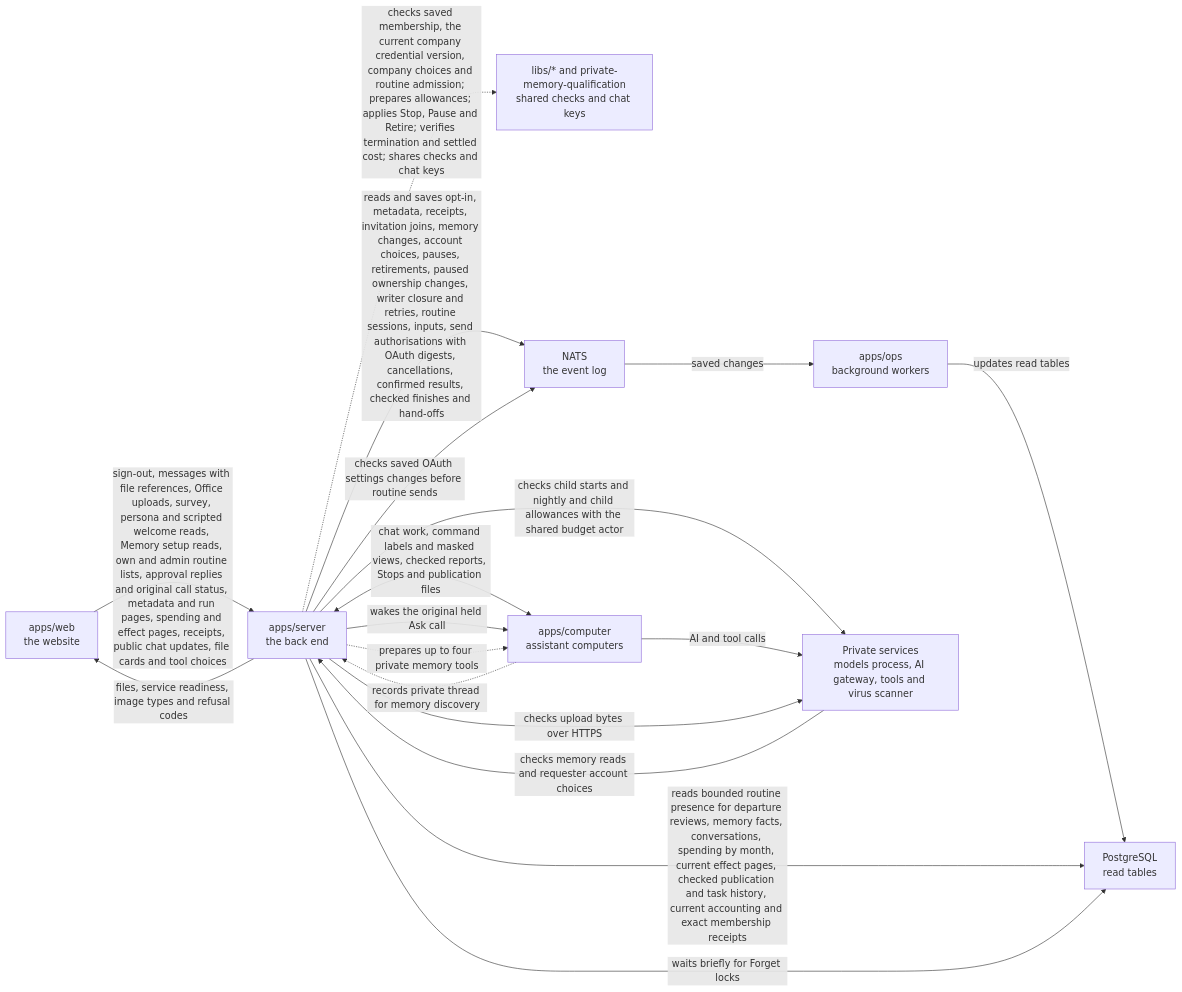
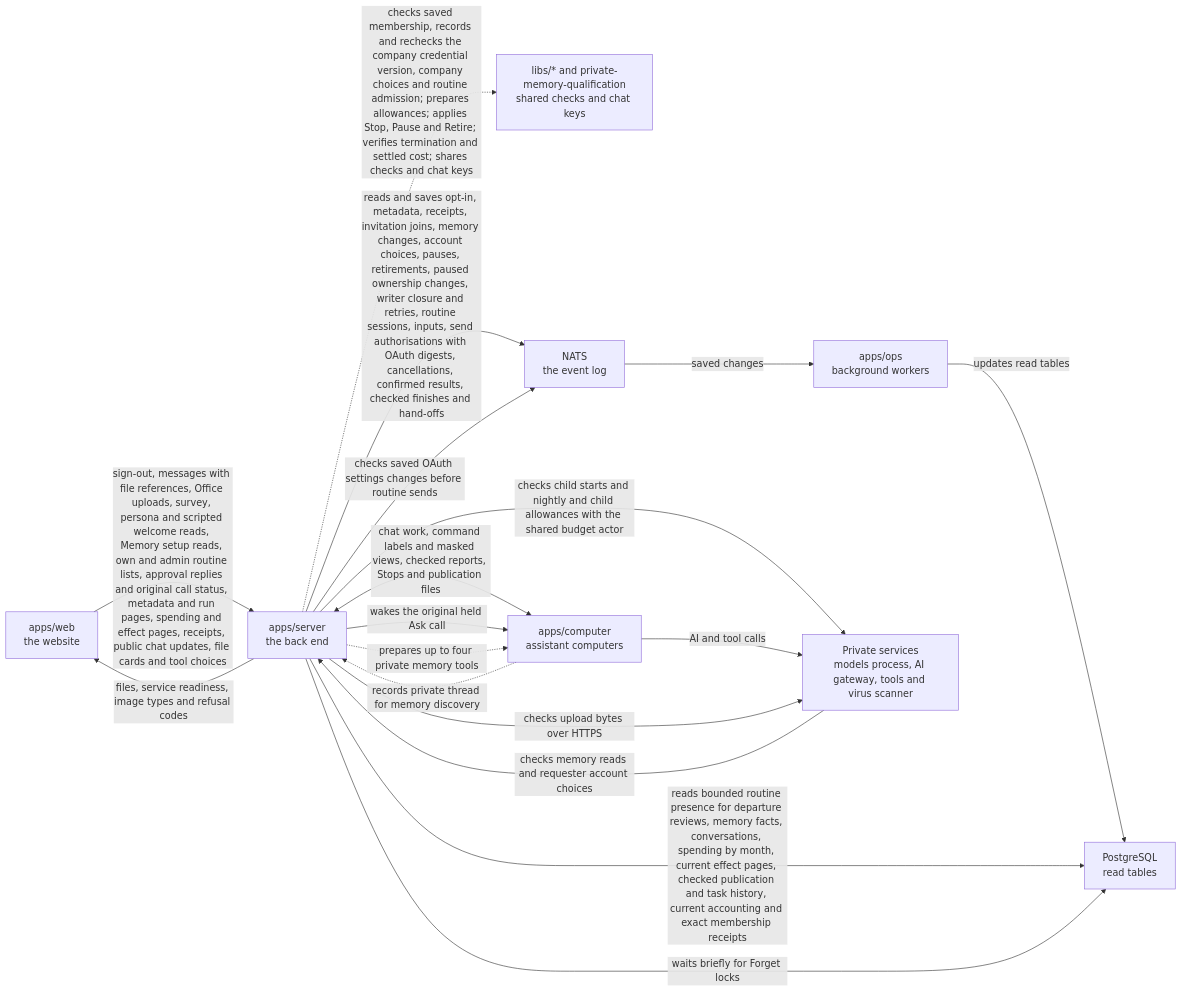
The diagram in apps/server/README.md (elewa-git/opencrane-new), drawn with Mermaid before and after one commit. The commit also changed other lines of this file and 14 other files, not shown here.

Commit message:
🔒 Recheck company credential at routine send use

````diff
--- a/apps/server/README.md
+++ b/apps/server/README.md
@@ -237,20 +237,20 @@
 ```mermaid
 flowchart LR
   web["apps/web<br/>the website"] -->|sign-out, messages with file references, Office uploads, survey, persona and scripted welcome reads, Memory setup reads, own and admin routine lists, approval replies and original call status, metadata and run pages, spending and effect pages, receipts, public chat updates, file cards and tool choices| server["apps/server<br/>the back end"]
-  server -.->|checks saved membership, the current company credential version, company choices and routine admission; prepares allowances; applies Stop, Pause and Retire; verifies termination and settled cost; shares checks and chat keys| libs["libs/* and private-memory-qualification<br/>shared checks and chat keys"]
+  server -.->|checks saved membership, records and rechecks the company credential version, company choices and routine admission; prepares allowances; applies Stop, Pause and Retire; verifies termination and settled cost; shares checks and chat keys| libs["libs/* and private-memory-qualification<br/>shared checks and chat keys"]
   server -->|reads and saves opt-in, metadata, receipts, invitation joins, memory changes, account choices, pauses, retirements, paused ownership changes, writer closure and retries, routine sessions, inputs, send authorisations with OAuth digests, cancellations, confirmed results, checked finishes and hand-offs| nats["NATS<br/>the event log"]
   nats -->|saved changes| ops["apps/ops<br/>background workers"]
   ops -->|updates read tables| postgres["PostgreSQL<br/>read tables"]
   server -->|reads bounded routine presence for departure reviews, memory facts, conversations, spending by month, current effect pages, checked publication and task history, current accounting and exact membership receipts| postgres
   server -->|waits briefly for Forget locks| postgres
   server <-->|chat work, command labels and masked views, checked reports, Stops and publication files| computer["apps/computer<br/>assistant computers"]
   server -->|wakes the original held Ask call| computer
   server -->|checks saved OAuth settings changes before routine sends| nats
   server -->|checks child starts and nightly and child allowances with the shared budget actor| runtime
   computer -.->|records private thread for memory discovery| server
   server -.->|prepares up to four private memory tools| computer
   computer -->|AI and tool calls| runtime["Private services<br/>models process, AI gateway, tools and virus scanner"]
   server -->|files, service readiness, image types and refusal codes| web
   server -->|checks upload bytes over HTTPS| runtime
   runtime -->|checks memory reads and requester account choices| server
 ```
````
